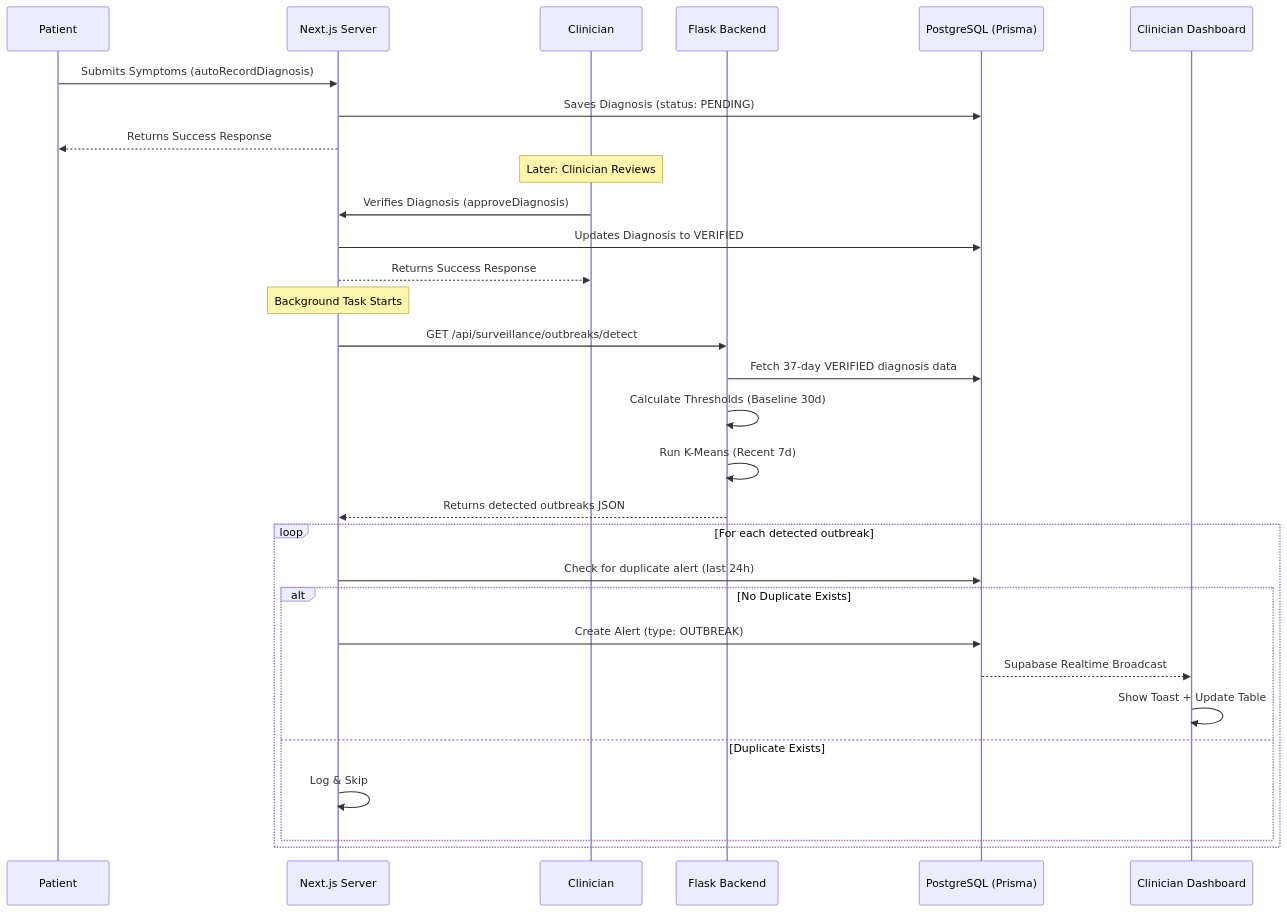
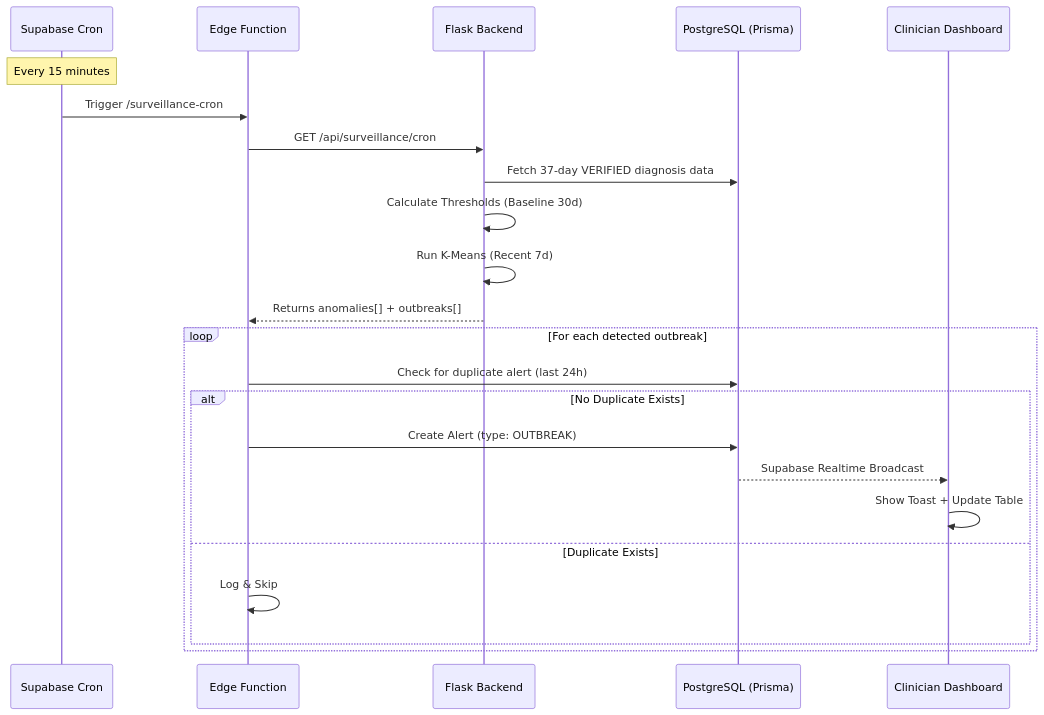
One commit to notlath/aill-be-sick changed the third of 3 diagrams in frontend/documentations/OUTBREAK_ALERT_SYSTEM.md. Above: the diagram before and after it, drawn with Mermaid. The commit also changed other lines of this file and 3 other files, not shown here.

First line of the commit message:
feat: Migrate anomaly and outbreak alert pipeline to Supabase Cron

````diff
--- a/frontend/documentations/OUTBREAK_ALERT_SYSTEM.md
+++ b/frontend/documentations/OUTBREAK_ALERT_SYSTEM.md
@@ -372,37 +377,27 @@
 ```mermaid
 sequenceDiagram
-    participant P as Patient
-    participant N as Next.js Server
-    participant C as Clinician
+    participant Cron as Supabase Cron
+    participant EF as Edge Function
     participant F as Flask Backend
     participant DB as PostgreSQL (Prisma)
     participant D as Clinician Dashboard
 
-    P->>N: Submits Symptoms (autoRecordDiagnosis)
-    N->>DB: Saves Diagnosis (status: PENDING)
-    N-->>P: Returns Success Response
-    
-    Note over C: Later: Clinician Reviews
-    C->>N: Verifies Diagnosis (approveDiagnosis)
-    N->>DB: Updates Diagnosis to VERIFIED
-    N-->>C: Returns Success Response
-    
-    Note over N: Background Task Starts
-    
-    N->>F: GET /api/surveillance/outbreaks/detect
+    Note over Cron: Every 15 minutes
+    Cron->>EF: Trigger /surveillance-cron
+    EF->>F: GET /api/surveillance/cron
     F->>DB: Fetch 37-day VERIFIED diagnosis data
     F->>F: Calculate Thresholds (Baseline 30d)
     F->>F: Run K-Means (Recent 7d)
-    F-->>N: Returns detected outbreaks JSON
+    F-->>EF: Returns anomalies[] + outbreaks[]
     
     loop For each detected outbreak
-        N->>DB: Check for duplicate alert (last 24h)
+        EF->>DB: Check for duplicate alert (last 24h)
         alt No Duplicate Exists
-            N->>DB: Create Alert (type: OUTBREAK)
+            EF->>DB: Create Alert (type: OUTBREAK)
             DB-->>D: Supabase Realtime Broadcast
             D->>D: Show Toast + Update Table
         else Duplicate Exists
-            N->>N: Log & Skip
+            EF->>EF: Log & Skip
         end
     end
 ```
````
